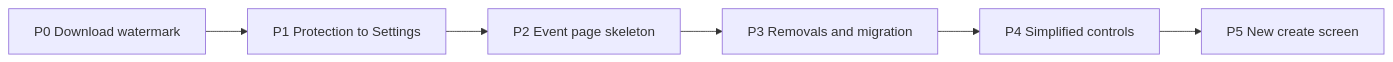
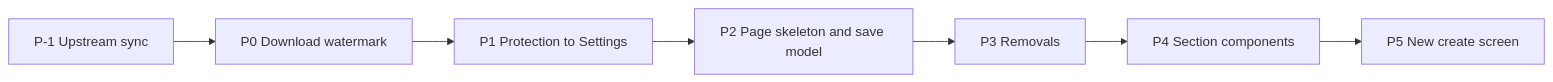
Before and after one commit to DoDucHoa/picpeak: the diagram in docs/superpowers/specs/2026-09-28-event-form-redesign-design.md, drawn with Mermaid. The commit also changed other lines of this file, not shown here.

First line of the commit message:
docs(spec): revise event redesign after code verification

````diff
--- a/docs/superpowers/specs/2026-09-28-event-form-redesign-design.md
+++ b/docs/superpowers/specs/2026-09-28-event-form-redesign-design.md
@@ -269,8 +417,9 @@
 ```mermaid
 flowchart LR
-  P0[P0 Download watermark] --> P1[P1 Protection to Settings]
-  P1 --> P2[P2 Event page skeleton]
-  P2 --> P3[P3 Removals and migration]
-  P3 --> P4[P4 Simplified controls]
+  PS[P-1 Upstream sync] --> P0[P0 Download watermark]
+  P0 --> P1[P1 Protection to Settings]
+  P1 --> P2[P2 Page skeleton and save model]
+  P2 --> P3[P3 Removals]
+  P3 --> P4[P4 Section components]
   P4 --> P5[P5 New create screen]
 ```
````
